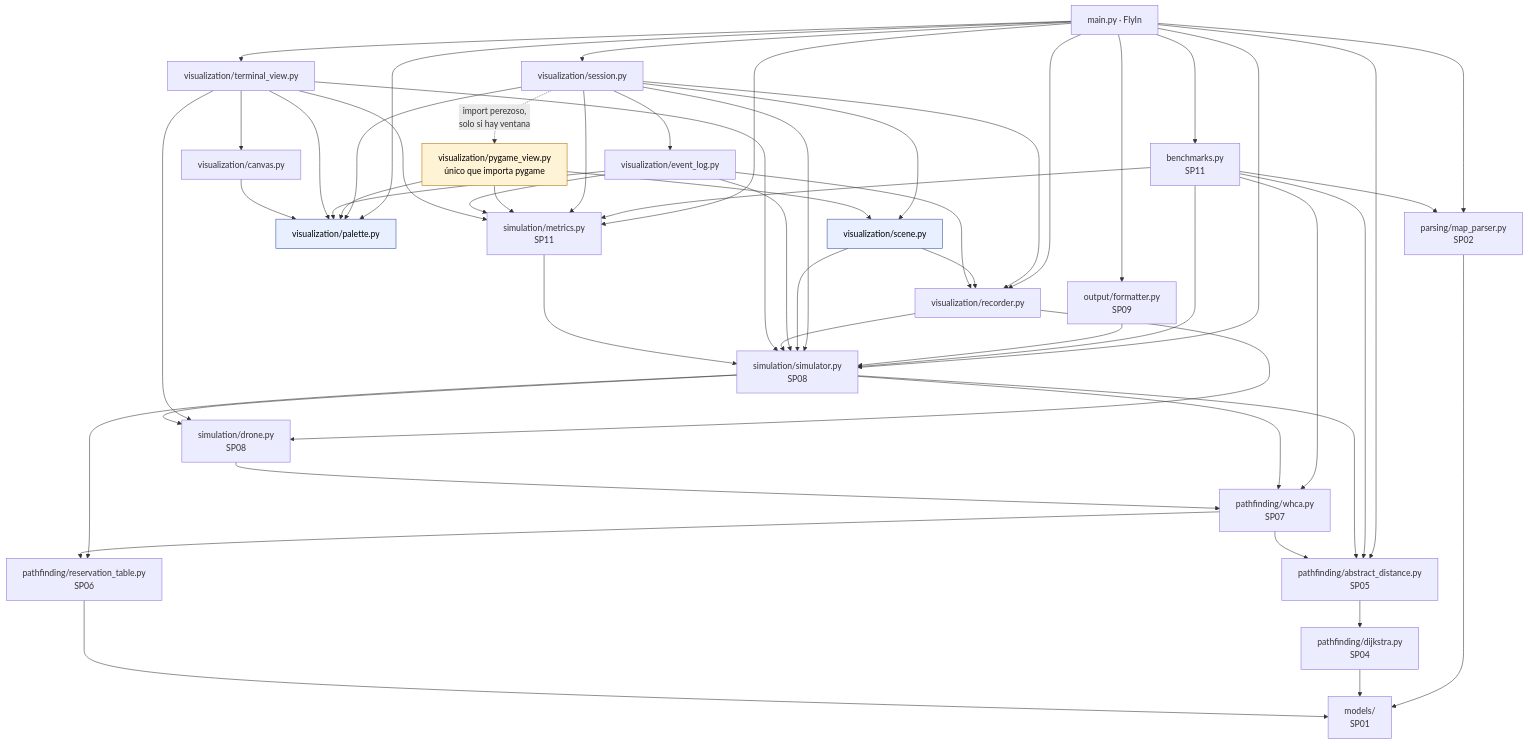
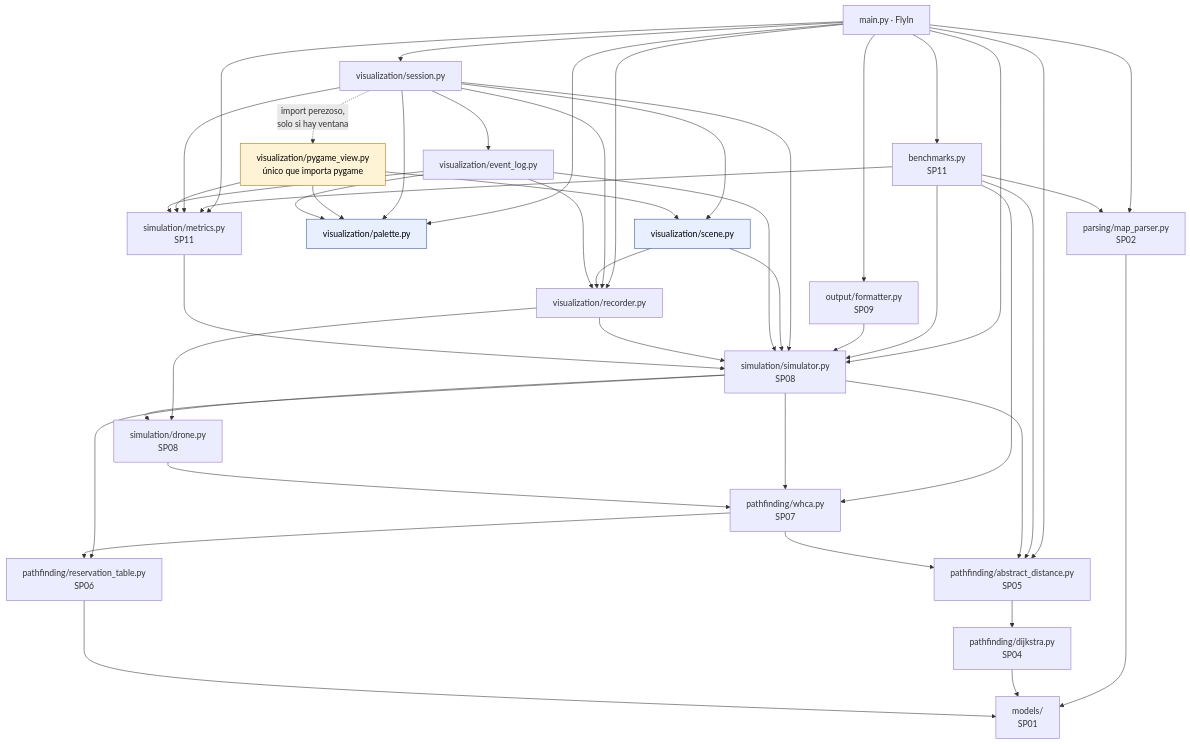
Before and after one commit to 0xARCOS/Fly-In: the third of 52 diagrams in docs/07-diagramas.md, drawn with Mermaid. The commit also changed other lines of this file and 33 other files, not shown here.

````diff
--- a/docs/07-diagramas.md
+++ b/docs/07-diagramas.md
@@ -157,48 +154,44 @@
 ```mermaid
 flowchart TD
     main["main.py · FlyIn"]
     bench["benchmarks.py<br/>SP11"]
     fmt["output/formatter.py<br/>SP09"]
     session["visualization/session.py"]
     pgv["visualization/pygame_view.py<br/>único que importa pygame"]
     scene["visualization/scene.py"]
     elog["visualization/event_log.py"]
     rec["visualization/recorder.py"]
-    term["visualization/terminal_view.py"]
-    canvas["visualization/canvas.py"]
     palette["visualization/palette.py"]
     sim["simulation/simulator.py<br/>SP08"]
     drone["simulation/drone.py<br/>SP08"]
     metrics["simulation/metrics.py<br/>SP11"]
     whca["pathfinding/whca.py<br/>SP07"]
     table["pathfinding/reservation_table.py<br/>SP06"]
     heur["pathfinding/abstract_distance.py<br/>SP05"]
     dijkstra["pathfinding/dijkstra.py<br/>SP04"]
     parser["parsing/map_parser.py<br/>SP02"]
     models["models/<br/>SP01"]
 
-    main --> bench & fmt & session & rec & term & palette & sim & metrics & parser & heur
+    main --> bench & fmt & session & rec & palette & sim & metrics & parser & heur
     bench --> sim & metrics & whca & heur & parser
     fmt --> sim
     session --> elog & rec & scene & palette & sim & metrics
     session -. "import perezoso,<br/>solo si hay ventana" .-> pgv
     pgv --> scene & palette & metrics
     scene --> rec & sim
     elog --> rec & palette & sim & metrics
     rec --> sim & drone
-    term --> canvas & palette & sim & drone & metrics
-    canvas --> palette
     metrics --> sim
     sim --> drone & whca & table & heur
     drone --> whca
     whca --> table & heur
     heur --> dijkstra
     parser --> models
     dijkstra --> models
     table --> models
 
     classDef leaf fill:#e8f0ff,stroke:#3050a0,color:#000
     classDef ext fill:#fff3d6,stroke:#b07000,color:#000
     class palette,scene leaf
     class pgv ext
 ```
````
